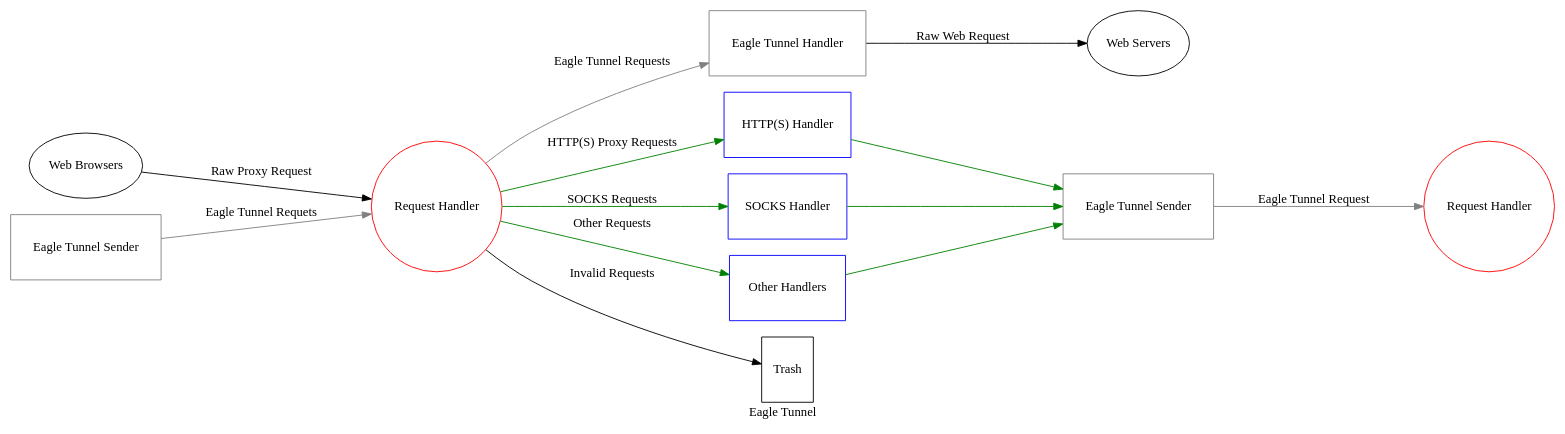
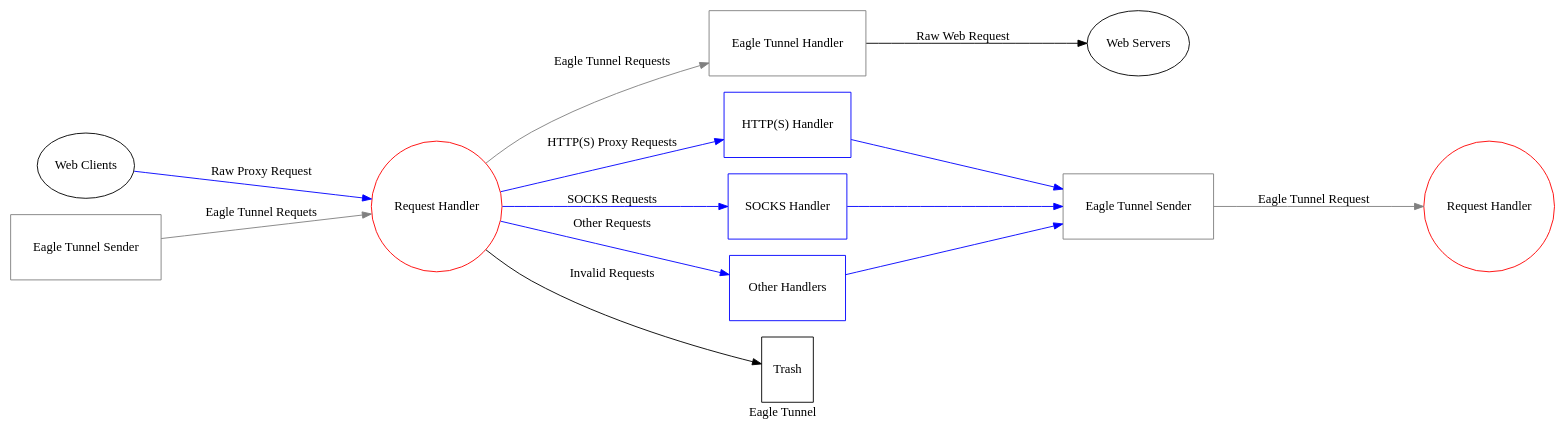
One commit to eaglexiang/eagle.tunnel.dotnet.core changed the diagram in doc/arch.gv. Above: the diagram before and after it, drawn with Graphviz. The commit also changed 1 other file, not shown here.

```diff
--- a/doc/arch.gv
+++ b/doc/arch.gv
@@ -1,34 +1,34 @@
 digraph startgame {
     label="Eagle Tunnel"
     rankdir=LR
     ranksep=equally 
 
-    app [label="Web Browsers" shape=ellipse, height=1]
+    app [label="Web Clients" shape=ellipse, height=1]
     server [label="Web Servers", shape=ellipse, height=1]
     rh [label="Request Handler" shape=circle, height=1, color=red]
     arh [label="Request Handler" shape=circle, height=1, color=red]
     eth [label="Eagle Tunnel Handler", shape=box, height=1, color=gray]
     ets [label="Eagle Tunnel Sender", shape=box, height=1, color=gray]
     aets [label="Eagle Tunnel Sender", shape=box, height=1, color=gray]
     hh [label="HTTP(S) Handler", shape=box, height=1, color=blue]
     sh [label="SOCKS Handler", shape=box, height=1, color=blue]
     oh [label="Other Handlers", shape=box, height=1, color=blue]
     t [label="Trash", shape=box, height=1]
 
-    app -> rh [label="Raw Proxy Request"]
+    app -> rh [label="Raw Proxy Request", color=blue]
     aets -> rh [label="Eagle Tunnel Requets", color=gray]
     
     rh -> eth [label="Eagle Tunnel Requests", color=gray]
-    rh -> hh [label="HTTP(S) Proxy Requests", color=green]
-    rh -> sh [label="SOCKS Requests", color=green]
-    rh -> oh [label="Other Requests", color=green]
+    rh -> hh [label="HTTP(S) Proxy Requests", color=blue]
+    rh -> sh [label="SOCKS Requests", color=blue]
+    rh -> oh [label="Other Requests", color=blue]
     rh -> t [label="Invalid Requests"]
 
-    hh -> ets [color=green]
-    sh -> ets [color=green]
-    oh -> ets [color=green]
+    hh -> ets [color=blue]
+    sh -> ets [color=blue]
+    oh -> ets [color=blue]
 
     ets -> arh [label="Eagle Tunnel Request", color=gray]
 
     eth -> server [label="Raw Web Request"]
 }
```
